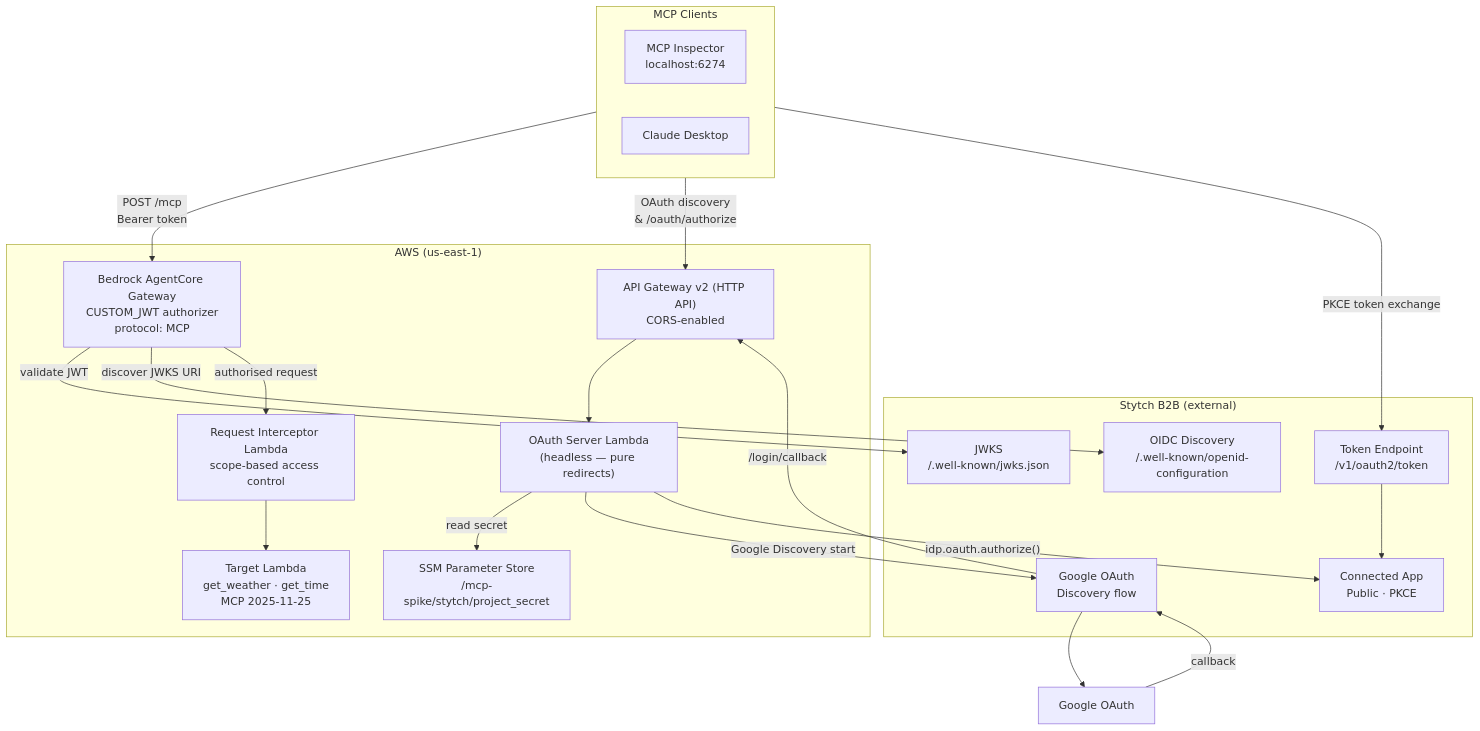
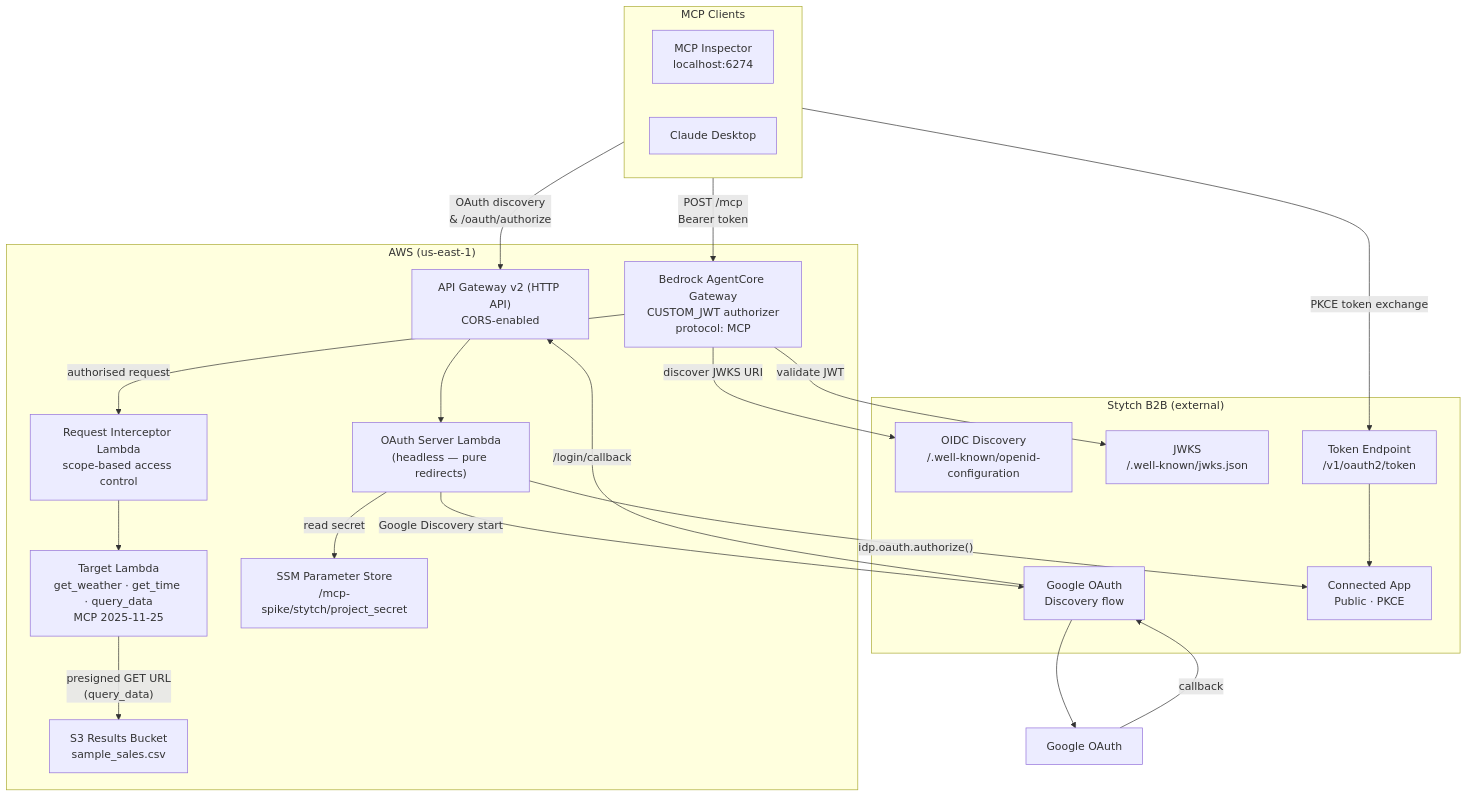
One commit to jmfajardod/claude-code-access-gateway-auth changed the first of 2 diagrams in README.md. Above: the diagram before and after it, drawn with Mermaid. The commit also changed other lines of this file and 6 other files, not shown here.

Commit message:
feat: Add query_data tool for presigned S3 URL access to sample sales dataset

````diff
--- a/README.md
+++ b/README.md
@@ -9,43 +9,45 @@
 ```mermaid
 graph TB
     subgraph Clients["MCP Clients"]
         Inspector["MCP Inspector\nlocalhost:6274"]
         Claude["Claude Desktop"]
     end
 
     subgraph AWS["AWS (us-east-1)"]
         Gateway["Bedrock AgentCore Gateway\nCUSTOM_JWT authorizer\nprotocol: MCP"]
         OAuthApi["API Gateway v2 (HTTP API)\nCORS-enabled"]
         OAuthLambda["OAuth Server Lambda\n(headless — pure redirects)"]
         ReqInterceptor["Request Interceptor Lambda\nscope-based access control"]
-        TargetLambda["Target Lambda\nget_weather · get_time\nMCP 2025-11-25"]
+        TargetLambda["Target Lambda\nget_weather · get_time · query_data\nMCP 2025-11-25"]
+        ResultsBucket["S3 Results Bucket\nsample_sales.csv"]
         SSM["SSM Parameter Store\n/mcp-spike/stytch/project_secret"]
     end
 
     subgraph Stytch["Stytch B2B (external)"]
         StytchOIDC["OIDC Discovery\n/.well-known/openid-configuration"]
         StytchJWKS["JWKS\n/.well-known/jwks.json"]
         StytchOAuth["Google OAuth\nDiscovery flow"]
         StytchToken["Token Endpoint\n/v1/oauth2/token"]
         ConnectedApp["Connected App\nPublic · PKCE"]
     end
 
     Google["Google OAuth"]
 
     Clients -->|"POST /mcp\n Bearer token"| Gateway
     Gateway -->|"validate JWT"| StytchJWKS
     Gateway -->|"discover JWKS URI"| StytchOIDC
     Gateway -->|"authorised request"| ReqInterceptor
     ReqInterceptor --> TargetLambda
+    TargetLambda -->|"presigned GET URL\n(query_data)"| ResultsBucket
 
     Clients -->|"OAuth discovery\n& /oauth/authorize"| OAuthApi
     OAuthApi --> OAuthLambda
     OAuthLambda -->|"read secret"| SSM
     OAuthLambda -->|"Google Discovery start"| StytchOAuth
     StytchOAuth --> Google
     Google -->|"callback"| StytchOAuth
     StytchOAuth -->|"/login/callback"| OAuthApi
     OAuthLambda -->|"idp.oauth.authorize()"| ConnectedApp
     Clients -->|"PKCE token exchange"| StytchToken
     StytchToken --> ConnectedApp
 ```
````
